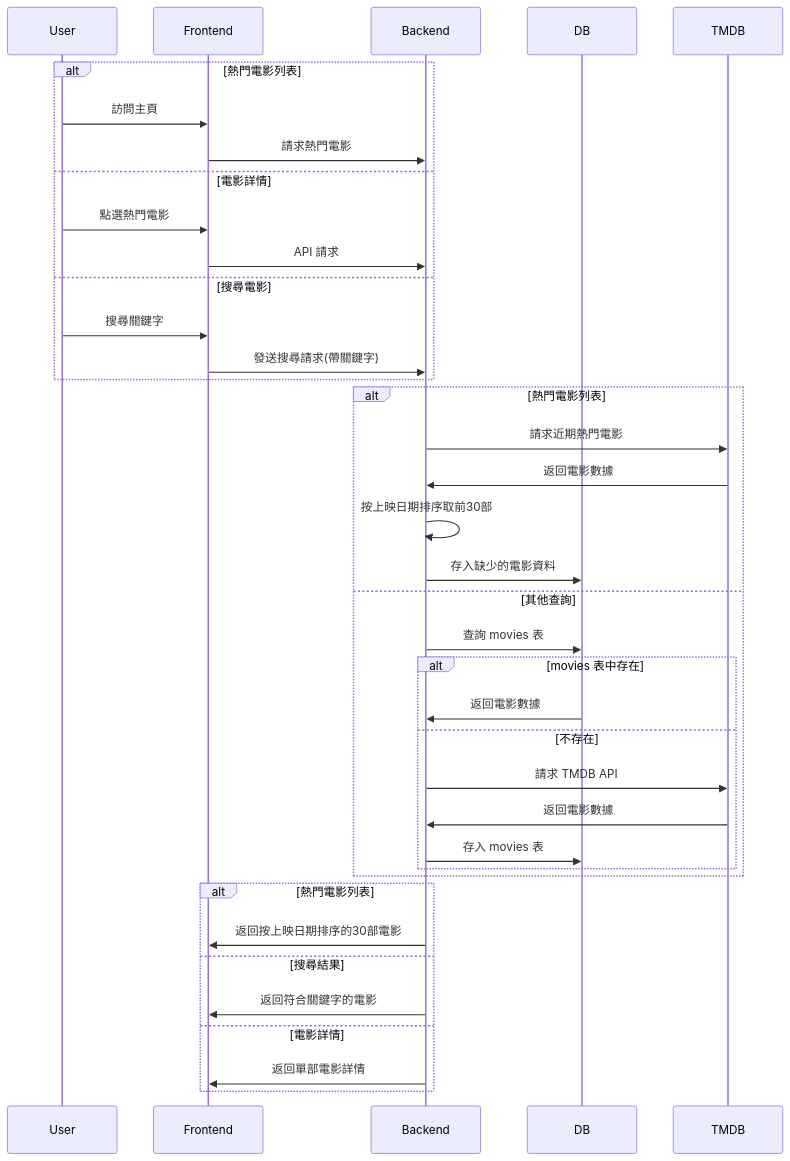
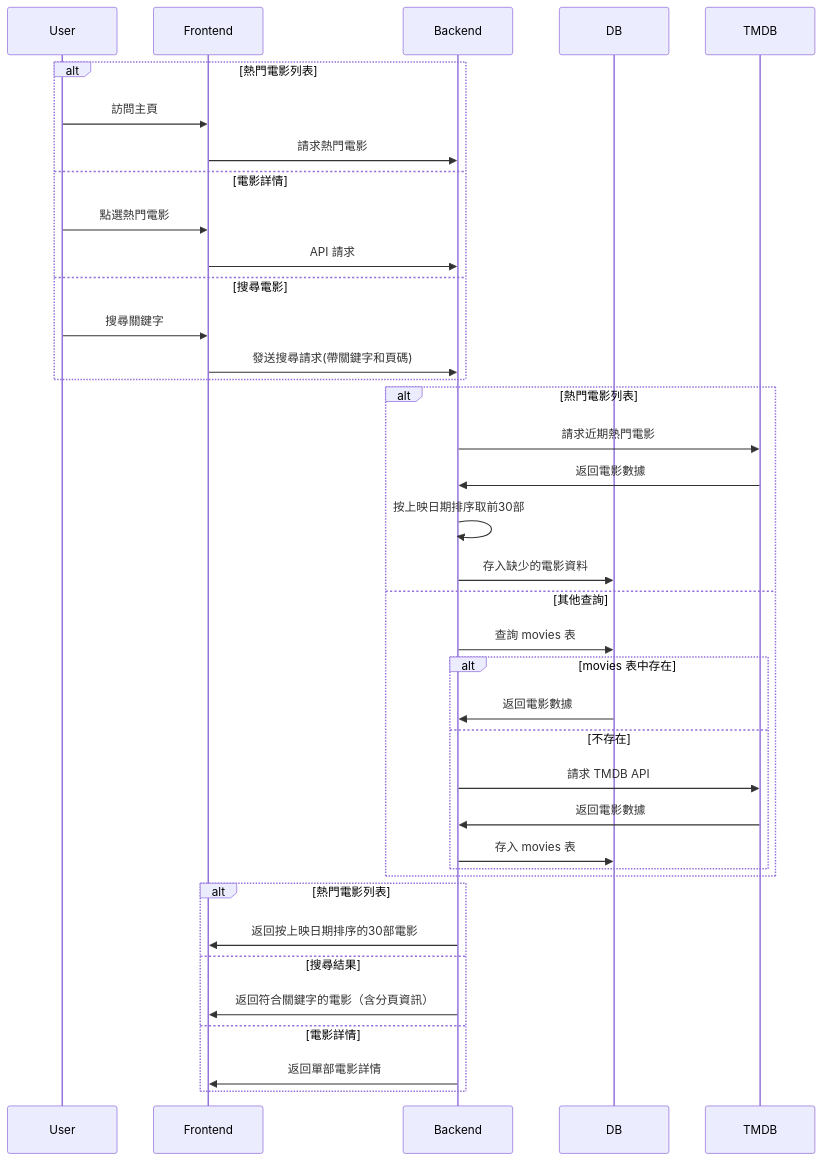
The third of 4 diagrams in Architecture.md (poordog777/movie-viewer), drawn with Mermaid before and after one commit. The commit also changed 6 other files, not shown here.

````diff
--- a/Architecture.md
+++ b/Architecture.md
@@ -97,43 +97,43 @@
 ```mermaid
 sequenceDiagram
     participant User
     participant Frontend
     participant Backend
     participant DB
     participant TMDB
 
     alt 熱門電影列表
         User->>Frontend: 訪問主頁
         Frontend->>Backend: 請求熱門電影
     else 電影詳情
         User->>Frontend: 點選熱門電影
         Frontend->>Backend: API 請求
     else 搜尋電影
         User->>Frontend: 搜尋關鍵字
-        Frontend->>Backend: 發送搜尋請求(帶關鍵字)
+        Frontend->>Backend: 發送搜尋請求(帶關鍵字和頁碼)
     end
 
     alt 熱門電影列表
         Backend->>TMDB: 請求近期熱門電影
         TMDB->>Backend: 返回電影數據
         Backend->>Backend: 按上映日期排序取前30部
         Backend->>DB: 存入缺少的電影資料
     else 其他查詢
         Backend->>DB: 查詢 movies 表
         alt movies 表中存在
             DB->>Backend: 返回電影數據
         else 不存在
             Backend->>TMDB: 請求 TMDB API
             TMDB->>Backend: 返回電影數據
             Backend->>DB: 存入 movies 表
         end
     end
     
     alt 熱門電影列表
         Backend->>Frontend: 返回按上映日期排序的30部電影
     else 搜尋結果
-        Backend->>Frontend: 返回符合關鍵字的電影
+        Backend->>Frontend: 返回符合關鍵字的電影（含分頁資訊）
     else 電影詳情
         Backend->>Frontend: 返回單部電影詳情
     end
 ```
````
